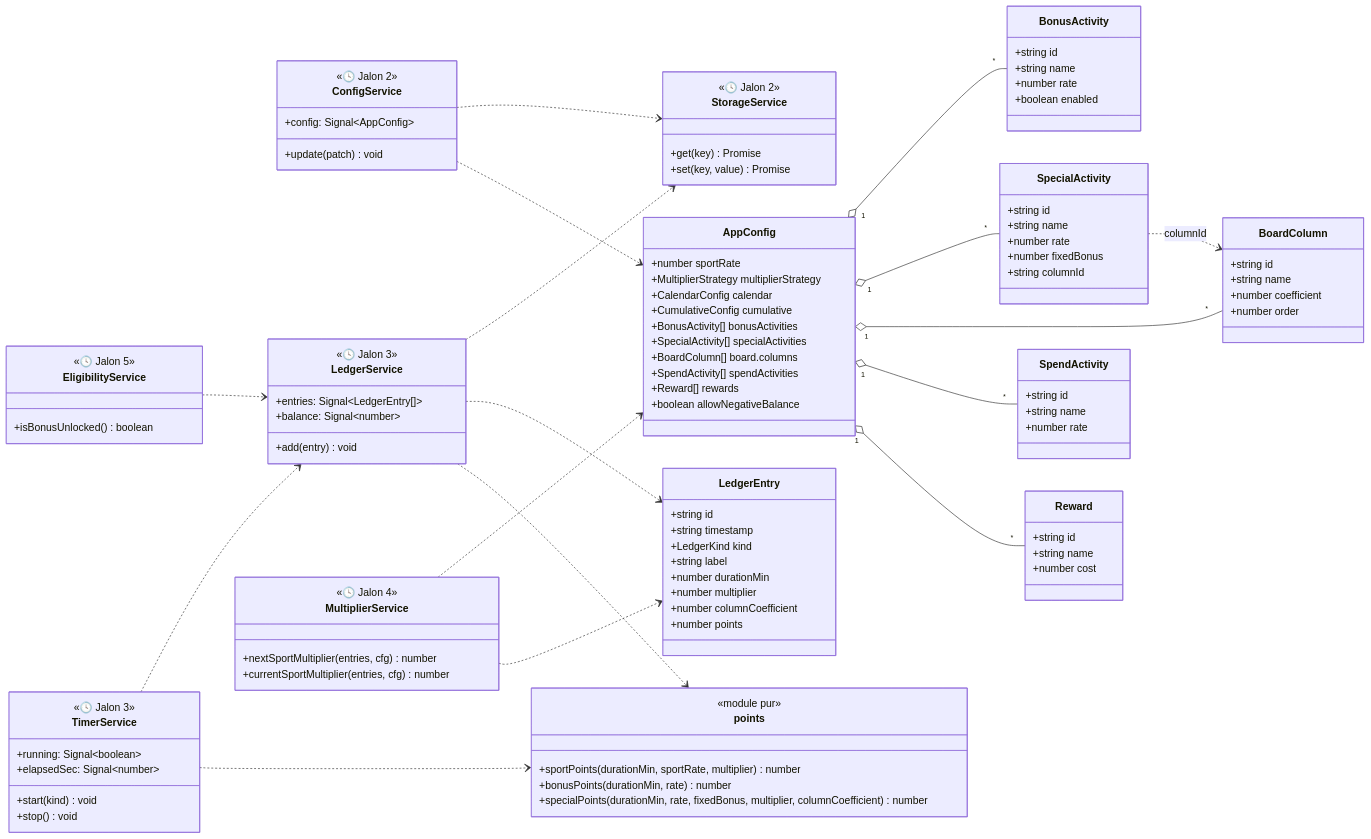
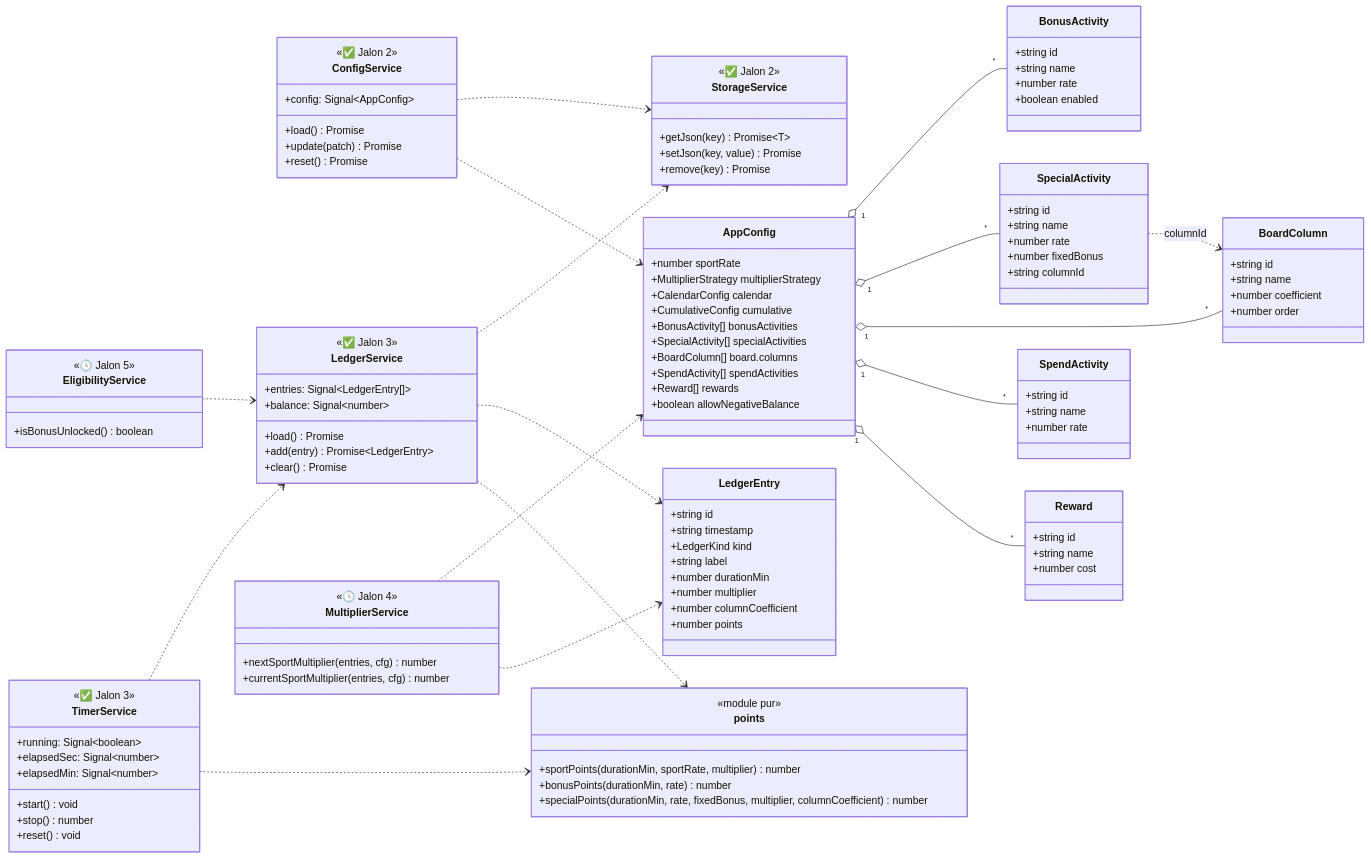
One commit to borismerminod/geek-fit changed the diagram in docs/architecture.md. Above: the diagram before and after it, drawn with Mermaid. The commit also changed 15 other files, not shown here.

```diff
--- a/docs/architecture.md
+++ b/docs/architecture.md
@@ -81,20 +81,25 @@
 
     %% ---------- Services (🕓 jalons suivants) ----------
     class StorageService {
-        <<🕓 Jalon 2>>
-        +get(key) Promise
-        +set(key, value) Promise
+        <<✅ Jalon 2>>
+        +getJson(key) Promise~T~
+        +setJson(key, value) Promise
+        +remove(key) Promise
     }
     class ConfigService {
-        <<🕓 Jalon 2>>
+        <<✅ Jalon 2>>
         +config: Signal~AppConfig~
-        +update(patch) void
+        +load() Promise
+        +update(patch) Promise
+        +reset() Promise
     }
     class LedgerService {
-        <<🕓 Jalon 3>>
+        <<✅ Jalon 3>>
         +entries: Signal~LedgerEntry[]~
         +balance: Signal~number~
-        +add(entry) void
+        +load() Promise
+        +add(entry) Promise~LedgerEntry~
+        +clear() Promise
     }
     class MultiplierService {
         <<🕓 Jalon 4>>
@@ -106,11 +111,13 @@
         +isBonusUnlocked() boolean
     }
     class TimerService {
-        <<🕓 Jalon 3>>
+        <<✅ Jalon 3>>
         +running: Signal~boolean~
         +elapsedSec: Signal~number~
-        +start(kind) void
-        +stop() void
+        +elapsedMin: Signal~number~
+        +start() void
+        +stop() number
+        +reset() void
     }
 
     ConfigService ..> StorageService
```
